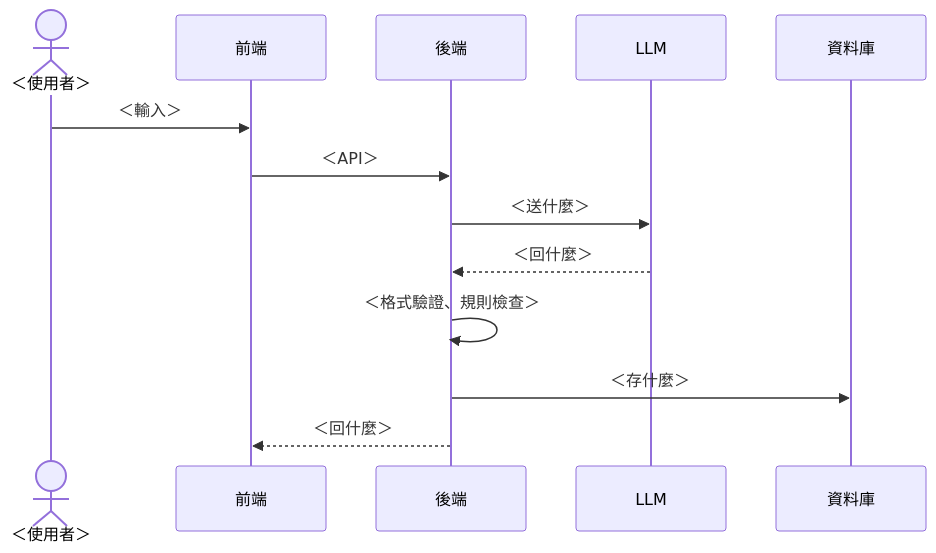
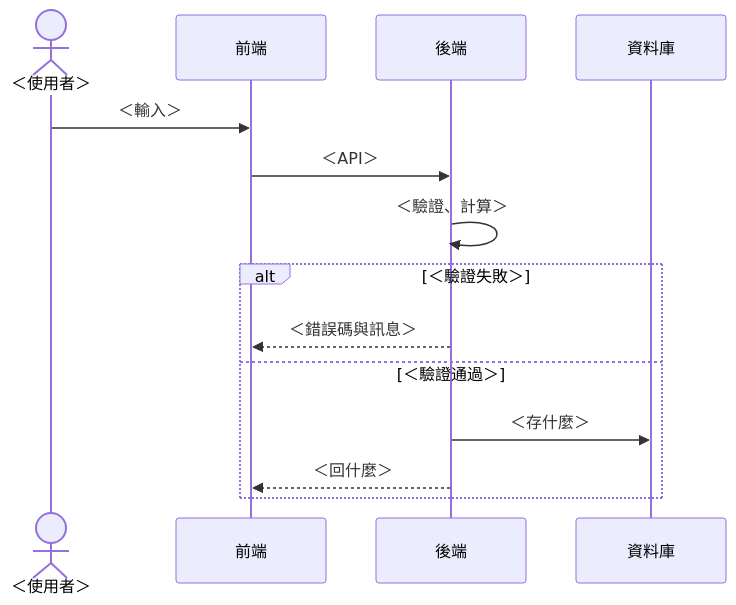
The third of 3 diagrams in course/templates/04-sad.md (Zenobia000/leavebot-bootcamp), drawn with Mermaid before and after one commit. The commit also changed other lines of this file and 209 other files, not shown here.

````diff
--- a/course/templates/04-sad.md
+++ b/course/templates/04-sad.md
@@ -48,15 +48,16 @@
 ```mermaid
 sequenceDiagram
     actor U as ＜使用者＞
     participant FE as 前端
     participant BE as 後端
-    participant AI as LLM
     participant DB as 資料庫
     U->>FE: ＜輸入＞
     FE->>BE: ＜API＞
-    BE->>AI: ＜送什麼＞
-    AI-->>BE: ＜回什麼＞
-    BE->>BE: ＜格式驗證、規則檢查＞
-    BE->>DB: ＜存什麼＞
-    BE-->>FE: ＜回什麼＞
+    BE->>BE: ＜驗證、計算＞
+    alt ＜驗證失敗＞
+        BE-->>FE: ＜錯誤碼與訊息＞
+    else ＜驗證通過＞
+        BE->>DB: ＜存什麼＞
+        BE-->>FE: ＜回什麼＞
+    end
 ```
````
